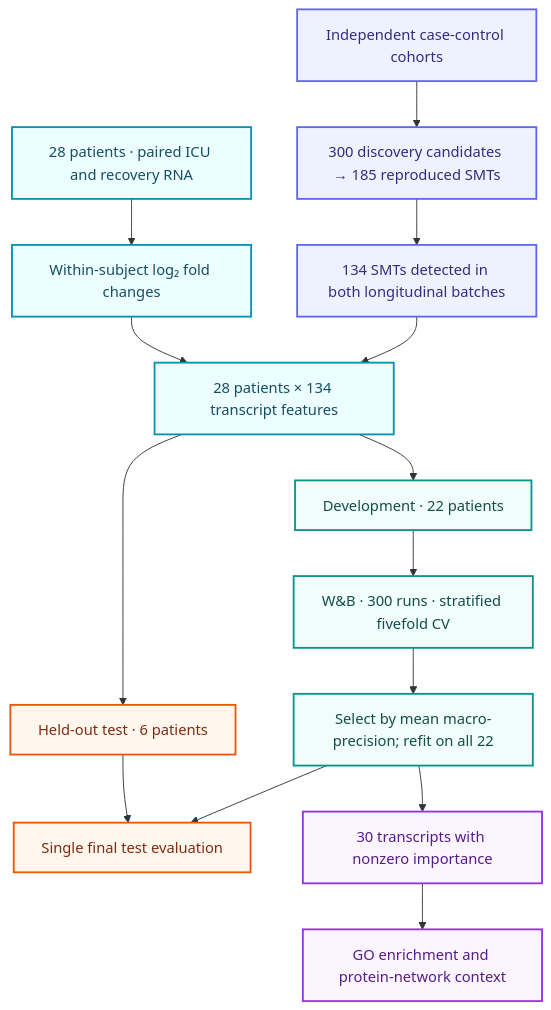
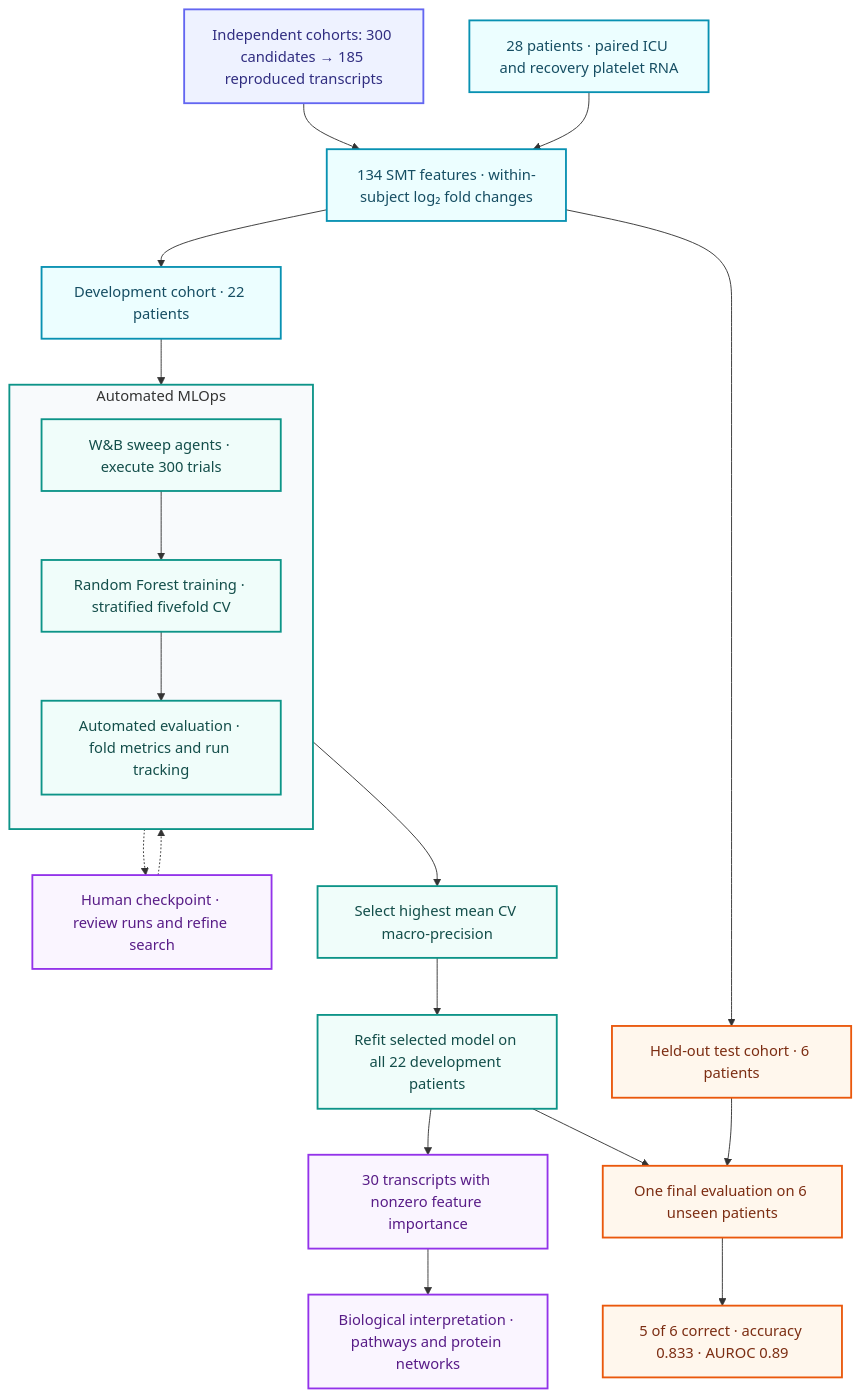
Before and after one commit to shabanian2018/AI-agent-septic-shock-classifier-small-cohorts: the diagram in README.md, drawn with Mermaid.

````diff
--- a/README.md
+++ b/README.md
@@ -47,27 +47,59 @@
 ```mermaid
 flowchart TD
-    A["Independent case-control cohorts"] --> B["300 discovery candidates → 185 reproduced SMTs"]
-    B --> C["134 SMTs detected in both longitudinal batches"]
-    D["28 patients · paired ICU and recovery RNA"] --> E["Within-subject log₂ fold changes"]
-    C --> F["28 patients × 134 transcript features"]
-    E --> F
-    F --> G["Development · 22 patients"]
-    F --> H["Held-out test · 6 patients"]
-    G --> I["W&B · 300 runs · stratified fivefold CV"]
-    I --> J["Select by mean macro-precision; refit on all 22"]
-    J --> K["Single final test evaluation"]
-    H --> K
-    J --> L["30 transcripts with nonzero importance"]
-    L --> M["GO enrichment and protein-network context"]
+   
+    A["Independent cohorts: 300 candidates → 185 reproduced transcripts"]
+    B["28 patients · paired ICU and recovery platelet RNA"]
+    C["134 SMT features · within-subject log₂ fold changes"]
+    D["Development cohort · 22 patients"]
+    E["Held-out test cohort · 6 patients"]
 
-    classDef evidence fill:#eef2ff,stroke:#6366f1,color:#312e81,stroke-width:2px;
-    classDef data fill:#ecfeff,stroke:#0891b2,color:#164e63,stroke-width:2px;
-    classDef model fill:#f0fdfa,stroke:#0d9488,color:#134e4a,stroke-width:2px;
-    classDef test fill:#fff7ed,stroke:#ea580c,color:#7c2d12,stroke-width:2px;
-    classDef biology fill:#faf5ff,stroke:#9333ea,color:#581c87,stroke-width:2px;
-    class A,B,C evidence;
-    class D,E,F data;
-    class G,I,J model;
-    class H,K test;
-    class L,M biology;
+    A --> C
+    B --> C
+    C --> D
+    C --> E
+
+    subgraph MLOPS["Automated MLOps"]
+        direction TB
+        F["W&B sweep agents · execute 300 trials"]
+        G["Random Forest training · stratified fivefold CV"]
+        H["Automated evaluation · fold metrics and run tracking"]
+
+        F --> G
+        G --> H
+    end
+
+    D --> F
+
+    I["Human checkpoint · review runs and refine search"]
+    H -.-> I
+    I -.-> F
+
+    J["Select highest mean CV macro-precision"]
+    K["Refit selected model on all 22 development patients"]
+    L["One final evaluation on 6 unseen patients"]
+    M["5 of 6 correct · accuracy 0.833 · AUROC 0.89"]
+    N["30 transcripts with nonzero feature importance"]
+    O["Biological interpretation · pathways and protein networks"]
+
+    H --> J
+    J --> K
+    K --> L
+    E --> L
+    L --> M
+    K --> N
+    N --> O
+
+    classDef evidence fill:#EEF2FF,stroke:#6366F1,color:#312E81,stroke-width:2px;
+    classDef data fill:#ECFEFF,stroke:#0891B2,color:#164E63,stroke-width:2px;
+    classDef automation fill:#F0FDFA,stroke:#0D9488,color:#134E4A,stroke-width:2px;
+    classDef human fill:#FAF5FF,stroke:#9333EA,color:#581C87,stroke-width:2px;
+    classDef evaluation fill:#FFF7ED,stroke:#EA580C,color:#7C2D12,stroke-width:2px;
+
+    class A evidence;
+    class B,C,D data;
+    class F,G,H,J,K automation;
+    class I,N,O human;
+    class E,L,M evaluation;
+
+    style MLOPS fill:#F8FAFC,stroke:#0D9488,stroke-width:2px;
 ```
````
